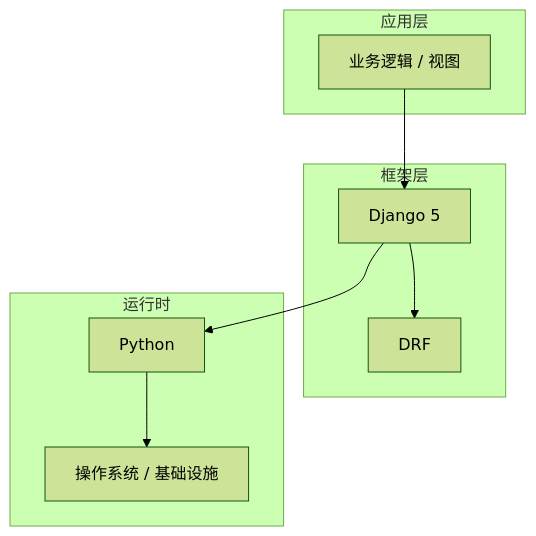
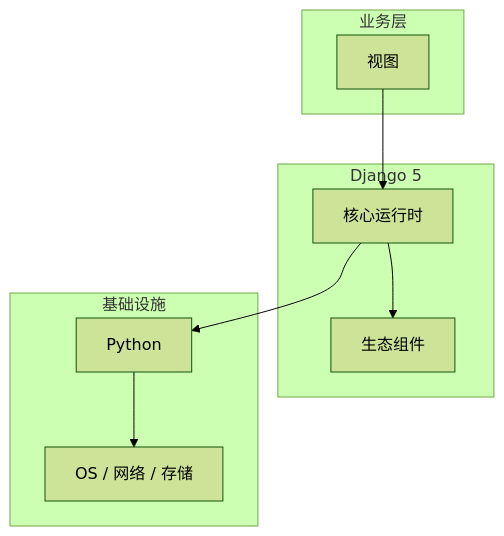
Before and after one commit to yanggan2015/knowledge-json-v2: the diagram in articles/Django/chapters/019-视图核心概念与原理.md, drawn with Mermaid (forest theme). The commit also changed other lines of this file and 10127 other files, not shown here.

````diff
--- a/articles/Django/chapters/019-视图核心概念与原理.md
+++ b/articles/Django/chapters/019-视图核心概念与原理.md
@@ -45,18 +34,18 @@
 ```mermaid
 graph TB
-    subgraph 应用层
-        A[业务逻辑 / 视图]
+    subgraph 业务层
+        A[视图]
     end
-    subgraph 框架层
-        B[Django 5]
-        C[DRF]
+    subgraph Django 5
+        B[核心运行时]
+        C[生态组件]
     end
-    subgraph 运行时
+    subgraph 基础设施
         D[Python]
-        E[操作系统 / 基础设施]
+        E[OS / 网络 / 存储]
     end
     A --> B
     B --> C
     B --> D
     D --> E
 ```
````
